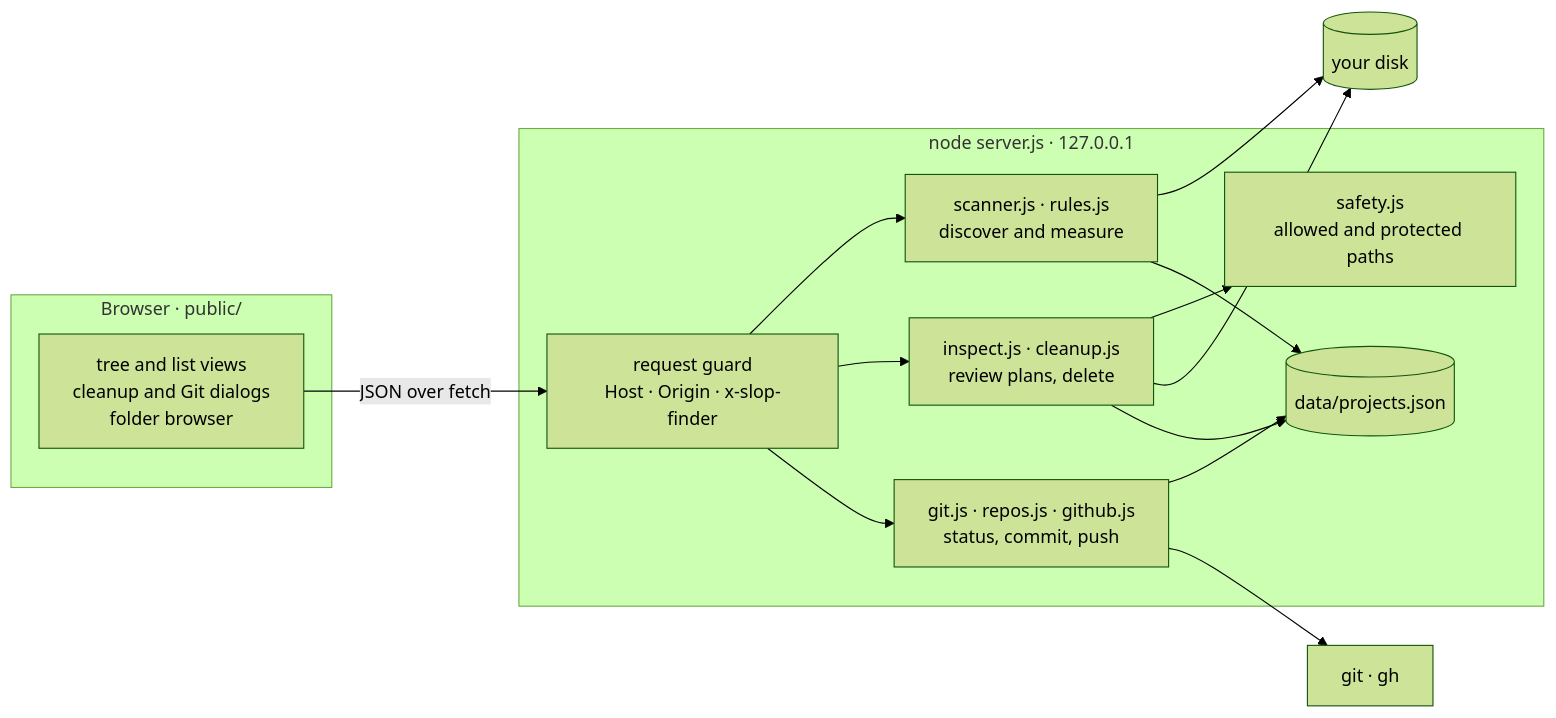
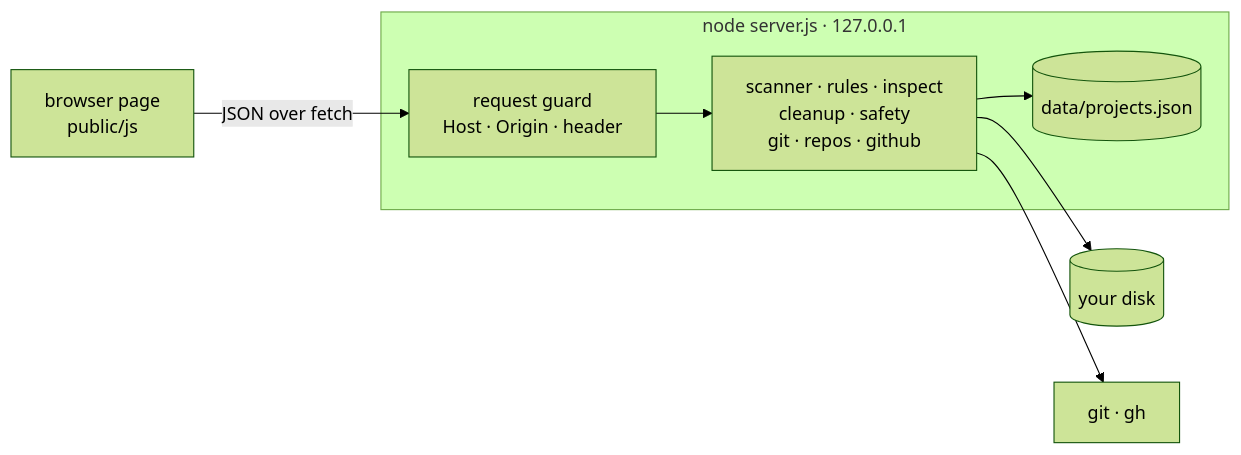
Before and after one commit to Rami-0/slop-finder: the fifth of 5 diagrams in README.md, drawn with Mermaid (forest theme). The commit also changed other lines of this file, not shown here.

First line of the commit message:
Reshape the README diagrams to read at GitHub's column width

````diff
--- a/README.md
+++ b/README.md
@@ -270,22 +270,10 @@
 ```mermaid
 flowchart LR
-    subgraph page["Browser · public/"]
-        ui["tree and list views<br/>cleanup and Git dialogs<br/>folder browser"]
+    ui["browser page<br/>public/js"] -- "JSON over fetch" --> guard
+    subgraph server["node server.js · 127.0.0.1"]
+        guard["request guard<br/>Host · Origin · header"] --> core["scanner · rules · inspect<br/>cleanup · safety<br/>git · repos · github"]
+        core --> store[("data/projects.json")]
     end
-    subgraph server["node server.js · 127.0.0.1"]
-        guard["request guard<br/>Host · Origin · x-slop-finder"]
-        scanner["scanner.js · rules.js<br/>discover and measure"]
-        cleanup["inspect.js · cleanup.js<br/>review plans, delete"]
-        safety["safety.js<br/>allowed and protected paths"]
-        repos["git.js · repos.js · github.js<br/>status, commit, push"]
-        store[("data/projects.json")]
-    end
-    disk[("your disk")]
-    tools["git · gh"]
-    ui -- "JSON over fetch" --> guard
-    guard --> scanner & cleanup & repos
-    cleanup --> safety
-    scanner & cleanup --> disk
-    scanner & cleanup & repos --> store
-    repos --> tools
+    core --> disk[("your disk")]
+    core --> tools["git · gh"]
 ```
````
